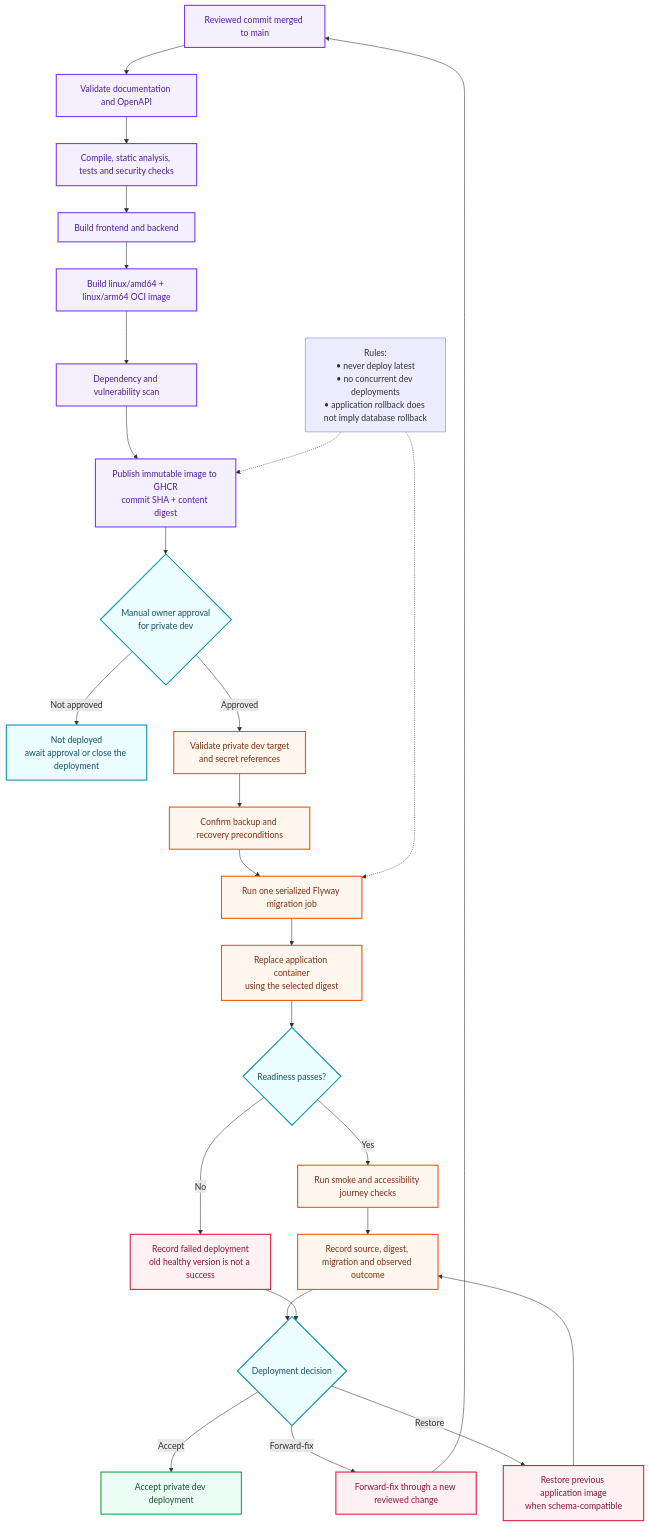
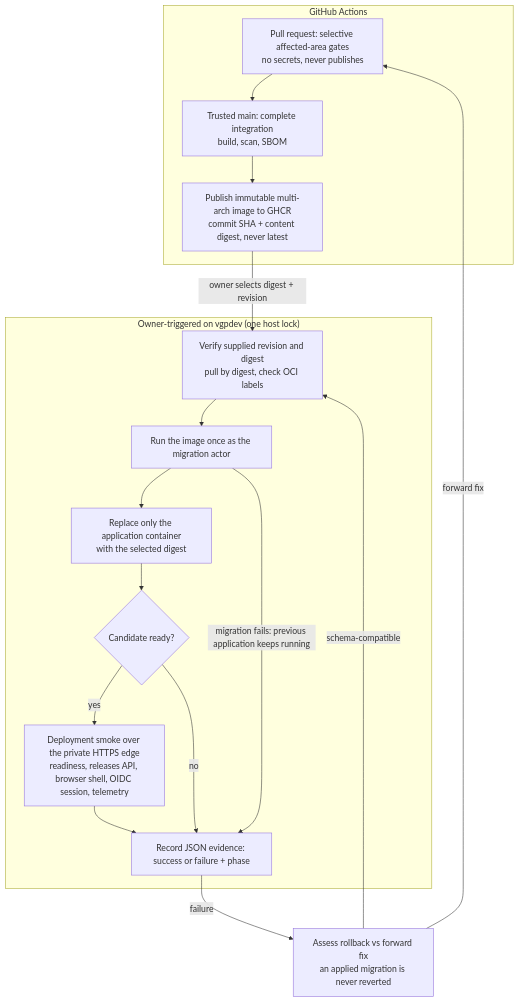
Before and after one commit to rubhern/videogame-platform: the diagram in docs/architecture/diagrams/mermaid/delivery-pipeline.mmd, drawn with Mermaid. The commit also changed 37 other files, not shown here.

```diff
--- a/docs/architecture/diagrams/mermaid/delivery-pipeline.mmd
+++ b/docs/architecture/diagrams/mermaid/delivery-pipeline.mmd
@@ -1,48 +1,25 @@
 flowchart TD
-    Commit["Reviewed commit merged to main"]
-    Docs["Validate documentation and OpenAPI"]
-    Checks["Compile, static analysis, tests and security checks"]
-    Build["Build frontend and backend"]
-    Image["Build linux/amd64 + linux/arm64 OCI image"]
-    Scan["Dependency and vulnerability scan"]
-    GHCR["Publish immutable image to GHCR<br/>commit SHA + content digest"]
-    Approval{"Manual owner approval<br/>for private dev"}
-    NotDeployed["Not deployed<br/>await approval or close the deployment"]
-    Target["Validate private dev target<br/>and secret references"]
-    Recovery["Confirm backup and recovery preconditions"]
-    Migration["Run one serialized Flyway migration job"]
-    Replace["Replace application container<br/>using the selected digest"]
-    Ready{"Readiness passes?"}
-    Smoke["Run smoke and accessibility journey checks"]
-    Record["Record source, digest, migration and observed outcome"]
-    Decision{"Deployment decision"}
-    Accept["Accept private dev deployment"]
-    ForwardFix["Forward-fix through a new reviewed change"]
-    Restore["Restore previous application image<br/>when schema-compatible"]
-    Failed["Record failed deployment<br/>old healthy version is not a success"]
+    subgraph CI["GitHub Actions"]
+        PR["Pull request: selective affected-area gates<br/>no secrets, never publishes"]
+        Main["Trusted main: complete integration<br/>build, scan, SBOM"]
+        GHCR["Publish immutable multi-arch image to GHCR<br/>commit SHA + content digest, never latest"]
+        PR --> Main --> GHCR
+    end
 
-    Commit --> Docs --> Checks --> Build --> Image --> Scan --> GHCR --> Approval
-    Approval -->|Approved| Target --> Recovery --> Migration --> Replace --> Ready
-    Approval -->|Not approved| NotDeployed
+    subgraph Deploy["Owner-triggered on vgpdev (one host lock)"]
+        Verify["Verify supplied revision and digest<br/>pull by digest, check OCI labels"]
+        Migrate["Run the image once as the migration actor"]
+        Replace["Replace only the application container<br/>with the selected digest"]
+        Ready{"Candidate ready?"}
+        Smoke["Deployment smoke over the private HTTPS edge<br/>readiness, releases API, browser shell, OIDC session, telemetry"]
+        Record["Record JSON evidence: success or failure + phase"]
+        Verify --> Migrate --> Replace --> Ready
+        Ready -->|yes| Smoke --> Record
+        Ready -->|no| Record
+    end
 
-    Ready -->|Yes| Smoke --> Record --> Decision
-    Ready -->|No| Failed --> Decision
-
-    Decision -->|Accept| Accept
-    Decision -->|Forward-fix| ForwardFix --> Commit
-    Decision -->|Restore| Restore --> Record
-
-    Note["Rules:<br/>• never deploy latest<br/>• no concurrent dev deployments<br/>• application rollback does not imply database rollback"]
-    Note -.-> Migration
-    Note -.-> GHCR
-
-    classDef ci fill:#f5f0ff,stroke:#7c3aed,stroke-width:2px,color:#4c1d95
-    classDef deploy fill:#fff7ed,stroke:#ea580c,stroke-width:2px,color:#7c2d12
-    classDef decision fill:#ecfeff,stroke:#0891b2,stroke-width:2px,color:#164e63
-    classDef success fill:#ecfdf5,stroke:#16a34a,stroke-width:2px,color:#14532d
-    classDef failure fill:#fff1f2,stroke:#e11d48,stroke-width:2px,color:#881337
-    class Commit,Docs,Checks,Build,Image,Scan,GHCR ci
-    class Target,Recovery,Migration,Replace,Smoke,Record deploy
-    class Approval,NotDeployed,Ready,Decision decision
-    class Accept success
-    class Failed,ForwardFix,Restore failure
+    GHCR -->|owner selects digest + revision| Verify
+    Migrate -->|migration fails: previous application keeps running| Record
+    Record -->|failure| Assess["Assess rollback vs forward fix<br/>an applied migration is never reverted"]
+    Assess -->|schema-compatible| Verify
+    Assess -->|forward fix| PR
```
